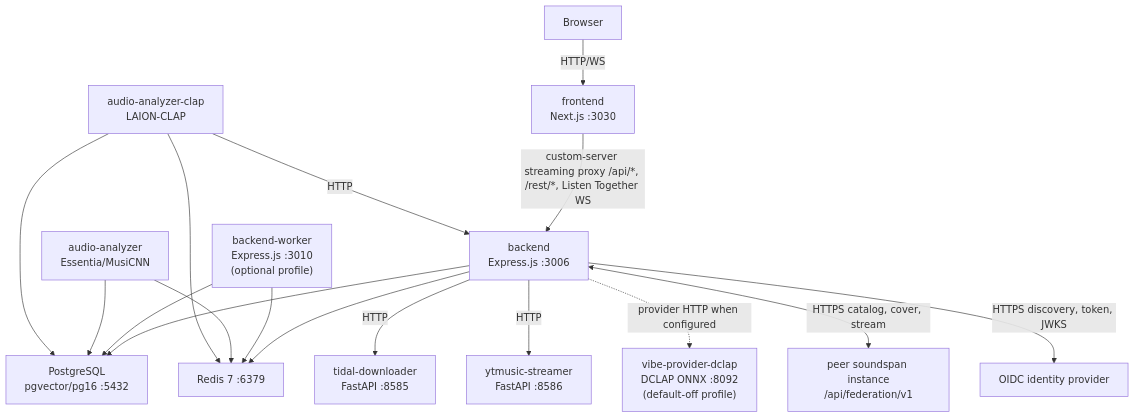
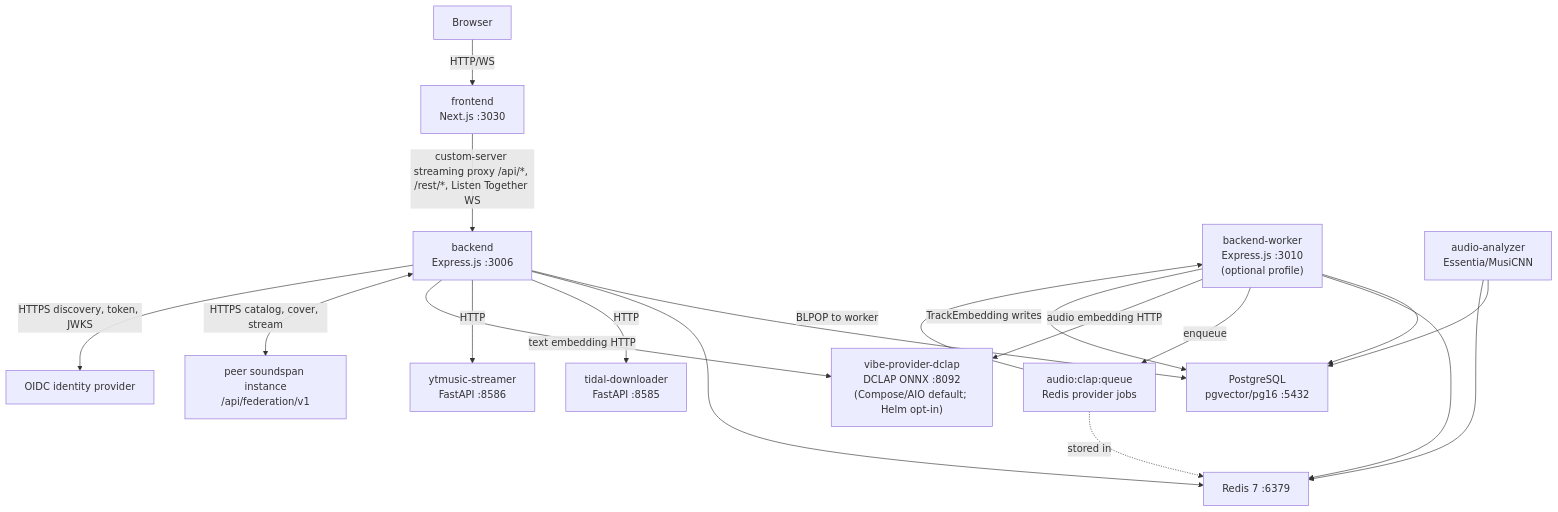
Before and after one commit to Tipson/soundspan: the first of 2 diagrams in docs/ARCHITECTURE.md, drawn with Mermaid. The commit also changed other lines of this file and 26 other files, not shown here.

````diff
--- a/docs/ARCHITECTURE.md
+++ b/docs/ARCHITECTURE.md
@@ -7,33 +7,35 @@
 ```mermaid
 graph TD
     Browser["Browser"]
     FE["frontend<br/>Next.js :3030"]
     BE["backend<br/>Express.js :3006"]
     BW["backend-worker<br/>Express.js :3010<br/>(optional profile)"]
     PG["PostgreSQL<br/>pgvector/pg16 :5432"]
     RD["Redis 7 :6379"]
     TD["tidal-downloader<br/>FastAPI :8585"]
     YT["ytmusic-streamer<br/>FastAPI :8586"]
     AA["audio-analyzer<br/>Essentia/MusiCNN"]
-    AC["audio-analyzer-clap<br/>LAION-CLAP"]
-    DC["vibe-provider-dclap<br/>DCLAP ONNX :8092<br/>(default-off profile)"]
+    VQ["audio:clap:queue<br/>Redis provider jobs"]
+    DC["vibe-provider-dclap<br/>DCLAP ONNX :8092<br/>(Compose/AIO default; Helm opt-in)"]
     PEER["peer soundspan instance<br/>/api/federation/v1"]
     IDP["OIDC identity provider"]
 
     Browser -->|HTTP/WS| FE
     FE -->|"custom-server streaming proxy /api/*, /rest/*, Listen Together WS"| BE
     BE --> PG
     BE --> RD
     BW --> PG
     BW --> RD
     BE -->|HTTP| TD
     BE -->|HTTP| YT
     AA --> PG
     AA --> RD
-    AC --> PG
-    AC --> RD
-    AC -->|HTTP| BE
-    BE -.->|"provider HTTP when configured"| DC
+    BW -->|enqueue| VQ
+    VQ -->|"BLPOP to worker"| BW
+    VQ -.->|stored in| RD
+    BW -->|"audio embedding HTTP"| DC
+    BW -->|"TrackEmbedding writes"| PG
+    BE -->|"text embedding HTTP"| DC
     BE <-->|"HTTPS catalog, cover, stream"| PEER
     BE -->|"HTTPS discovery, token, JWKS"| IDP
 ```
````
